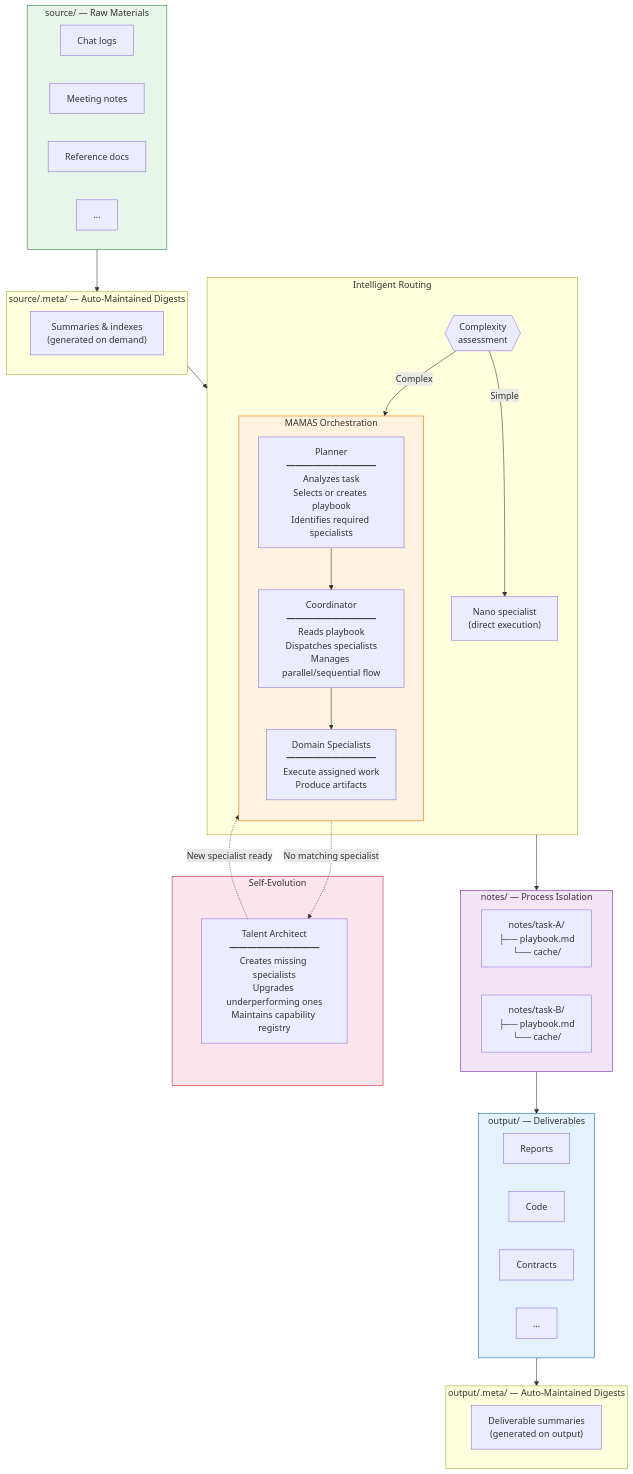
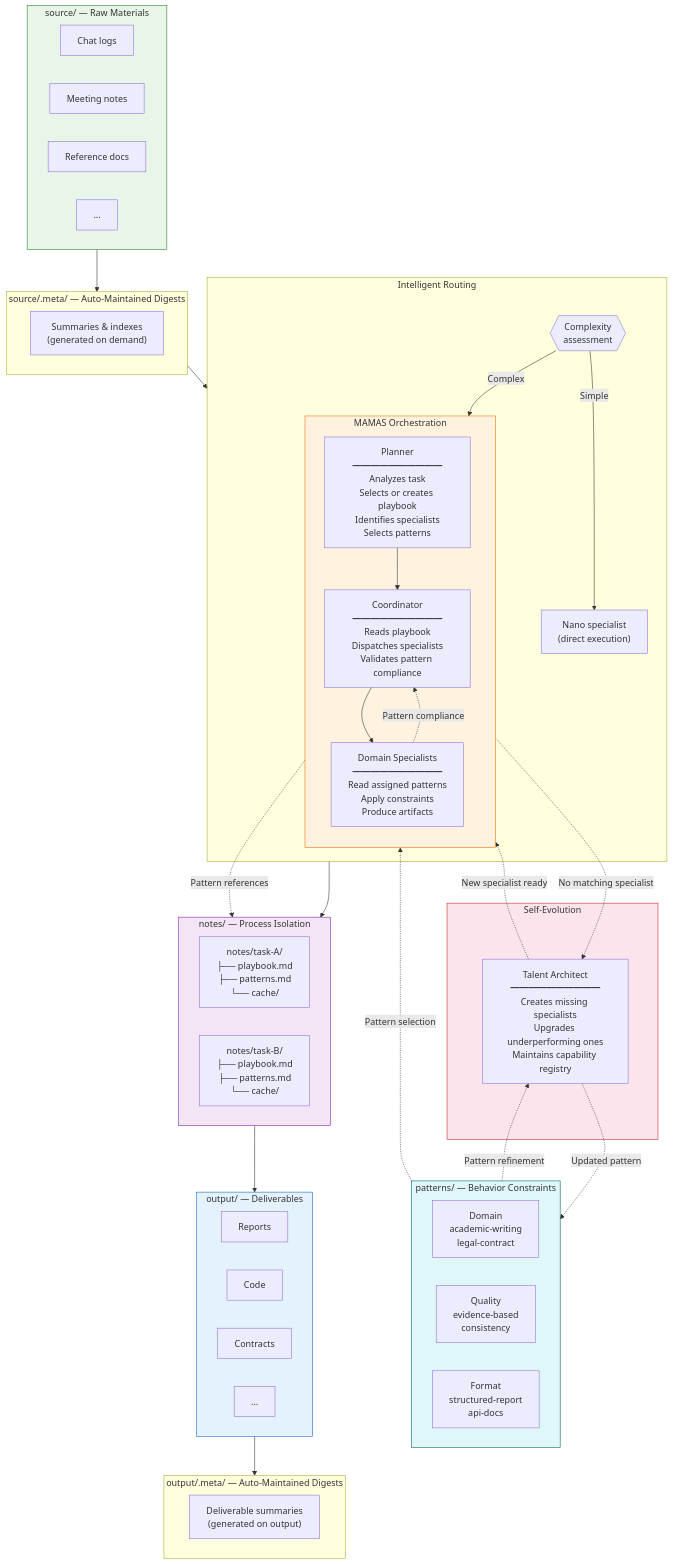
Before and after one commit to neilwangweili/mamas: the diagram in README.md, drawn with Mermaid. The commit also changed 1 other file, not shown here.

Commit message:
docs(architecture): 在系统架构图中引入模式层
新增 patterns/ 模块以支持跨任务的行为约束复用，使专家能够应用标准化的领域、质量和格式规范。同时更新工作流描述，反映规划师的模式选择、协调员的合规验证以及人才架构师的模式优化职责。

````diff
--- a/README.md
+++ b/README.md
@@ -27,62 +27,77 @@
 ```mermaid
 flowchart TB
     subgraph INPUT ["source/ — Raw Materials"]
         S1[Chat logs]
         S2[Meeting notes]
         S3[Reference docs]
         S4[...]
     end
 
     subgraph DIGEST ["source/.meta/ — Auto-Maintained Digests"]
         D1["Summaries & indexes<br/>(generated on demand)"]
     end
 
+    subgraph PATTERNS ["patterns/ — Behavior Constraints"]
+        direction LR
+        PT1["Domain<br/>academic-writing<br/>legal-contract"]
+        PT2["Quality<br/>evidence-based<br/>consistency"]
+        PT3["Format<br/>structured-report<br/>api-docs"]
+    end
+
     subgraph ROUTING ["Intelligent Routing"]
         R{{"Complexity<br/>assessment"}}
         R -->|Simple| NANO["Nano specialist<br/>(direct execution)"]
         R -->|Complex| MAMAS_MODE["MAMAS mode"]
     end
 
     subgraph MAMAS_MODE ["MAMAS Orchestration"]
         direction TB
-        P["Planner<br/>━━━━━━━━━━<br/>Analyzes task<br/>Selects or creates playbook<br/>Identifies required specialists"]
-        C["Coordinator<br/>━━━━━━━━━━<br/>Reads playbook<br/>Dispatches specialists<br/>Manages parallel/sequential flow"]
-        E["Domain Specialists<br/>━━━━━━━━━━<br/>Execute assigned work<br/>Produce artifacts"]
+        P["Planner<br/>━━━━━━━━━━<br/>Analyzes task<br/>Selects or creates playbook<br/>Identifies specialists<br/>Selects patterns"]
+        C["Coordinator<br/>━━━━━━━━━━<br/>Reads playbook<br/>Dispatches specialists<br/>Validates pattern compliance"]
+        E["Domain Specialists<br/>━━━━━━━━━━<br/>Read assigned patterns<br/>Apply constraints<br/>Produce artifacts"]
         P --> C --> E
     end
 
     subgraph NOTES ["notes/ — Process Isolation"]
-        N1["notes/task-A/<br/>├── playbook.md<br/>└── cache/"]
-        N2["notes/task-B/<br/>├── playbook.md<br/>└── cache/"]
+        N1["notes/task-A/<br/>├── playbook.md<br/>├── patterns.md<br/>└── cache/"]
+        N2["notes/task-B/<br/>├── playbook.md<br/>├── patterns.md<br/>└── cache/"]
     end
 
     subgraph OUTPUT ["output/ — Deliverables"]
         O1[Reports]
         O2[Code]
         O3[Contracts]
         O4[...]
     end
 
     subgraph OUTPUT_DIGEST ["output/.meta/ — Auto-Maintained Digests"]
         OD1["Deliverable summaries<br/>(generated on output)"]
     end
 
     INPUT --> DIGEST
     DIGEST --> ROUTING
     ROUTING --> NOTES
     NOTES --> OUTPUT
     OUTPUT --> OUTPUT_DIGEST
 
+    PATTERNS -.->|"Pattern selection"| P
+    P -.->|"Pattern references"| NOTES
+    E -.->|"Pattern compliance"| C
+
     subgraph EVOLUTION ["Self-Evolution"]
         TA["Talent Architect<br/>━━━━━━━━━━<br/>Creates missing specialists<br/>Upgrades underperforming ones<br/>Maintains capability registry"]
     end
 
     P -.->|"No matching specialist"| TA
     TA -.->|"New specialist ready"| P
 
+    PATTERNS -.->|"Pattern refinement"| TA
+    TA -.->|"Updated pattern"| PATTERNS
+
     style INPUT fill:#e8f5e9,stroke:#2e7d32
     style OUTPUT fill:#e3f2fd,stroke:#1565c0
     style MAMAS_MODE fill:#fff3e0,stroke:#ef6c00
     style EVOLUTION fill:#fce4ec,stroke:#c62828
     style NOTES fill:#f3e5f5,stroke:#7b1fa2
+    style PATTERNS fill:#e0f7fa,stroke:#006064
 ```
````
